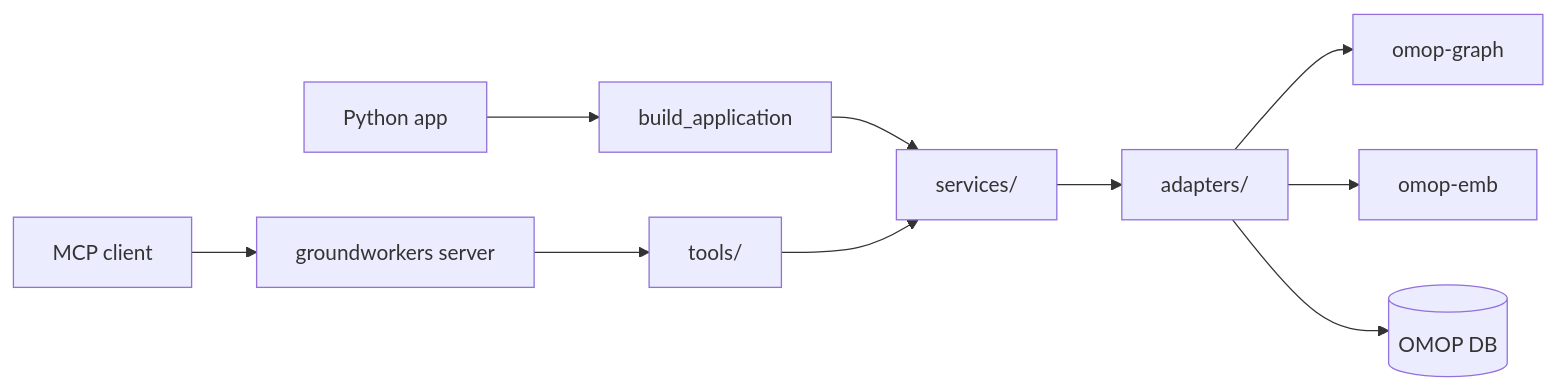
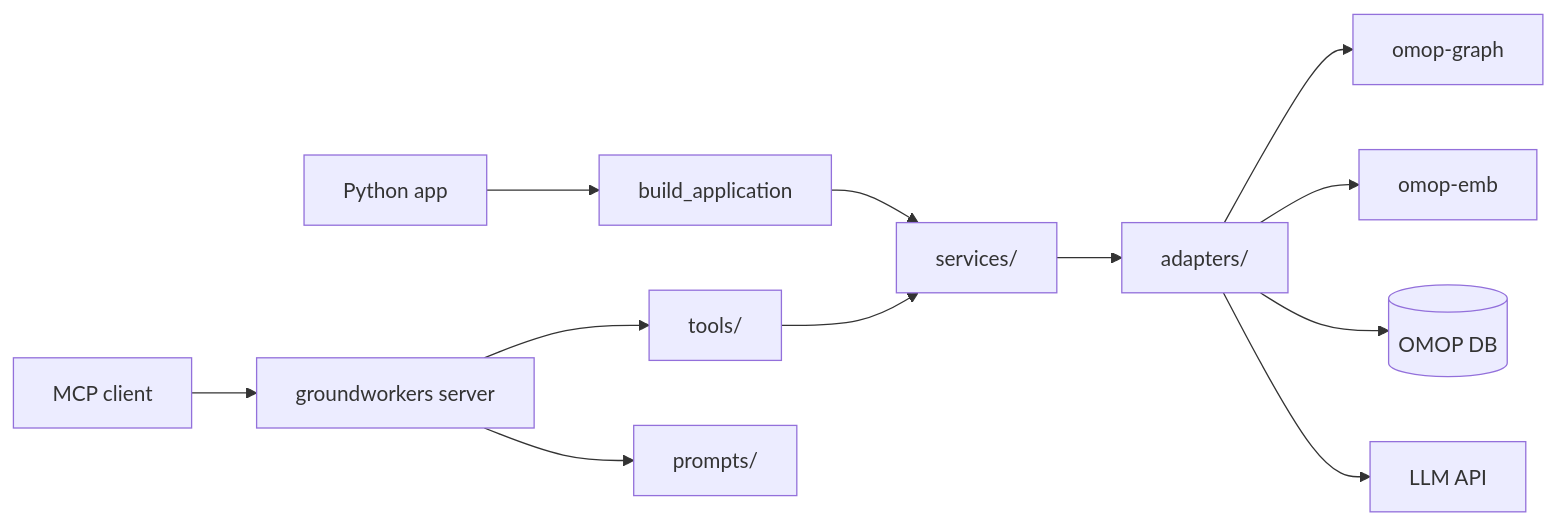
Before and after one commit to AustralianCancerDataNetwork/groundworkers: the first of 3 diagrams in README.md, drawn with Mermaid. The commit also changed other lines of this file and 1 other file, not shown here.

````diff
--- a/README.md
+++ b/README.md
@@ -24,12 +24,14 @@
 ```mermaid
 flowchart LR
     Client1[Python app] --> App[build_application]
     Client2[MCP client] --> Server[groundworkers server]
     App --> Services[services/]
     Server --> Tools[tools/]
+    Server --> Prompts[prompts/]
     Tools --> Services
     Services --> Adapters[adapters/]
     Adapters --> OG[omop-graph]
     Adapters --> OE[omop-emb]
     Adapters --> DB[(OMOP DB)]
+    Adapters --> LM[LLM API]
 ```
````
